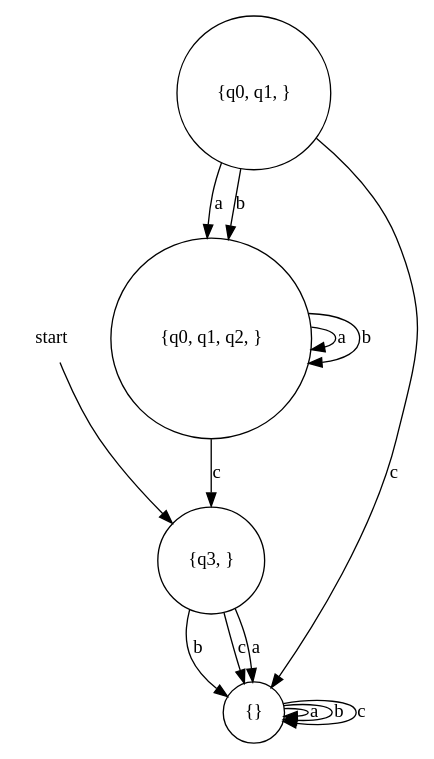
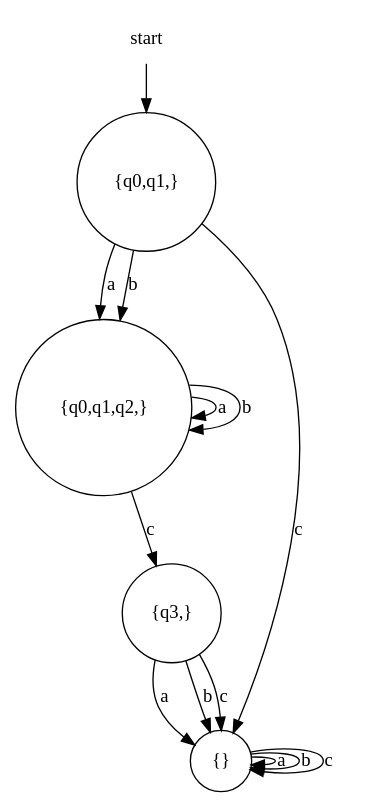
One commit to evertheylen/TA_TO changed the diagram in Helix/engine_r/eNFA-DFA/TestMSSC_Tim/testNFA2.xml.dot. Above: the diagram before and after it, drawn with Graphviz. The commit also changed 28 other files, not shown here.

```diff
--- a/Helix/engine_r/eNFA-DFA/TestMSSC_Tim/testNFA2.xml.dot
+++ b/Helix/engine_r/eNFA-DFA/TestMSSC_Tim/testNFA2.xml.dot
@@ -1,17 +1,17 @@
 digraph automaton {
     node [shape=none]; start;
     node [shape=circle];
-    start -> "{q3, }";
+    start -> "{q0,q1,}";
+    "{q0,q1,}" -> "{q0,q1,q2,}" [label="a"];
+    "{q0,q1,}" -> "{q0,q1,q2,}" [label="b"];
+    "{q0,q1,}" -> "{}" [label="c"];
+    "{q0,q1,q2,}" -> "{q0,q1,q2,}" [label="a"];
+    "{q0,q1,q2,}" -> "{q0,q1,q2,}" [label="b"];
+    "{q0,q1,q2,}" -> "{q3,}" [label="c"];
+    "{q3,}" -> "{}" [label="a"];
+    "{q3,}" -> "{}" [label="b"];
+    "{q3,}" -> "{}" [label="c"];
     "{}" -> "{}" [label="a"];
     "{}" -> "{}" [label="b"];
     "{}" -> "{}" [label="c"];
-    "{q0, q1, }" -> "{q0, q1, q2, }" [label="a"];
-    "{q0, q1, }" -> "{q0, q1, q2, }" [label="b"];
-    "{q0, q1, }" -> "{}" [label="c"];
-    "{q0, q1, q2, }" -> "{q0, q1, q2, }" [label="a"];
-    "{q0, q1, q2, }" -> "{q0, q1, q2, }" [label="b"];
-    "{q0, q1, q2, }" -> "{q3, }" [label="c"];
-    "{q3, }" -> "{}" [label="a"];
-    "{q3, }" -> "{}" [label="b"];
-    "{q3, }" -> "{}" [label="c"];
 }
```
